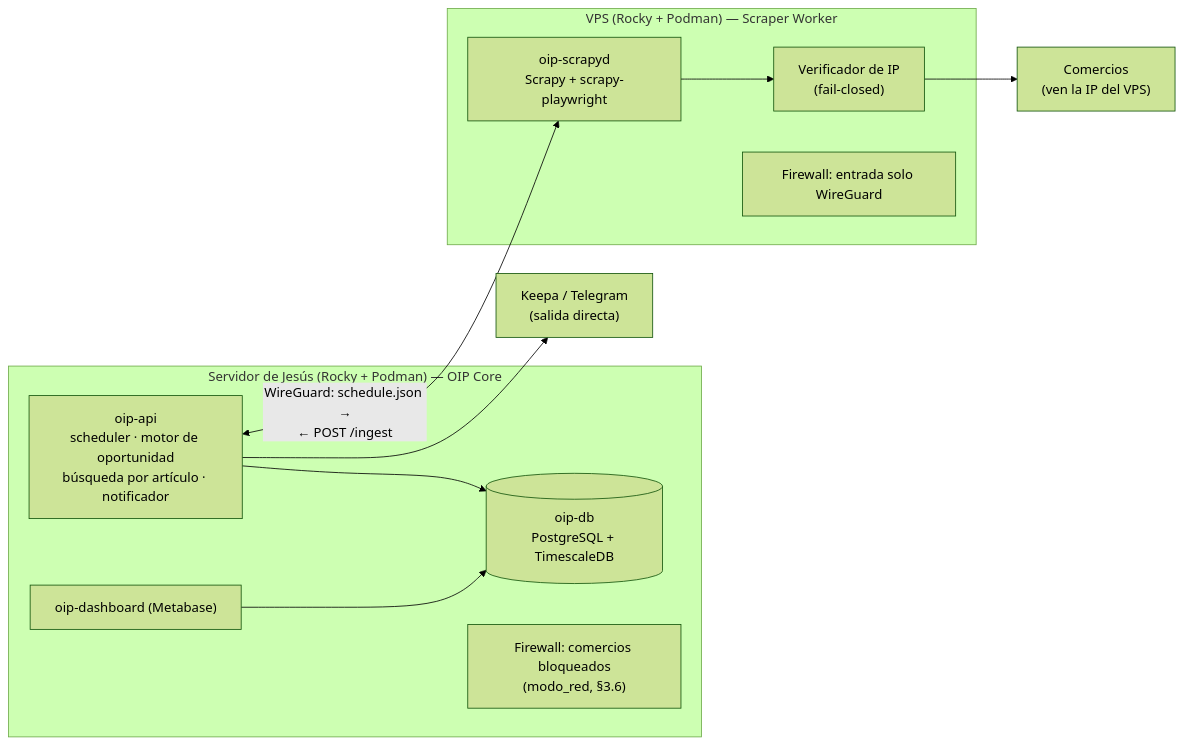
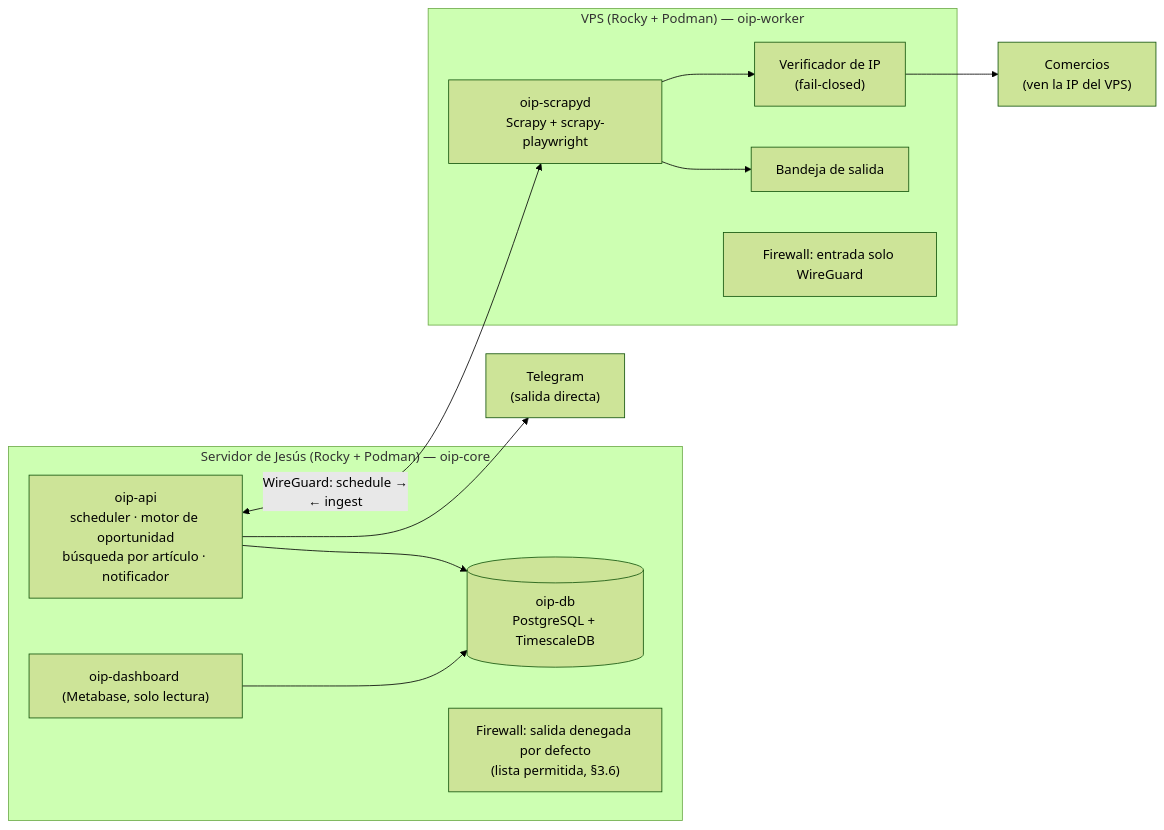
Before and after one commit to jjrm2004mx/Offer-Intelligence-Platform-OIP: the second of 3 diagrams in docs/arquitectura/arquitectura-tecnica.md, drawn with Mermaid (forest theme). The commit also changed other lines of this file and 5 other files, not shown here.

````diff
--- a/docs/arquitectura/arquitectura-tecnica.md
+++ b/docs/arquitectura/arquitectura-tecnica.md
@@ -473,22 +462,24 @@
 ```mermaid
 flowchart LR
-    subgraph HOME["Servidor de Jesús (Rocky + Podman) — OIP Core"]
+    subgraph HOME["Servidor de Jesús (Rocky + Podman) — oip-core"]
         API["oip-api<br/>scheduler · motor de oportunidad<br/>búsqueda por artículo · notificador"]
         DB[("oip-db<br/>PostgreSQL + TimescaleDB")]
-        DASH["oip-dashboard (Metabase)"]
-        FW1["Firewall: comercios bloqueados<br/>(modo_red, §3.6)"]
+        DASH["oip-dashboard (Metabase, solo lectura)"]
+        FW1["Firewall: salida denegada por defecto<br/>(lista permitida, §3.6)"]
     end
-    subgraph VPS["VPS (Rocky + Podman) — Scraper Worker"]
+    subgraph VPS["VPS (Rocky + Podman) — oip-worker"]
         SCR["oip-scrapyd<br/>Scrapy + scrapy-playwright"]
         IPV["Verificador de IP<br/>(fail-closed)"]
+        OUT["Bandeja de salida"]
         FW2["Firewall: entrada solo WireGuard"]
     end
     COM["Comercios<br/>(ven la IP del VPS)"]
-    KEEPA["Keepa / Telegram<br/>(salida directa)"]
+    TGM["Telegram<br/>(salida directa)"]
 
-    API <-->|"WireGuard: schedule.json →<br/>← POST /ingest"| SCR
+    API <-->|"WireGuard: schedule →<br/>← ingest"| SCR
     SCR --> IPV --> COM
+    SCR --> OUT
     API --> DB
     DASH --> DB
-    API --> KEEPA
+    API --> TGM
 ```
````
